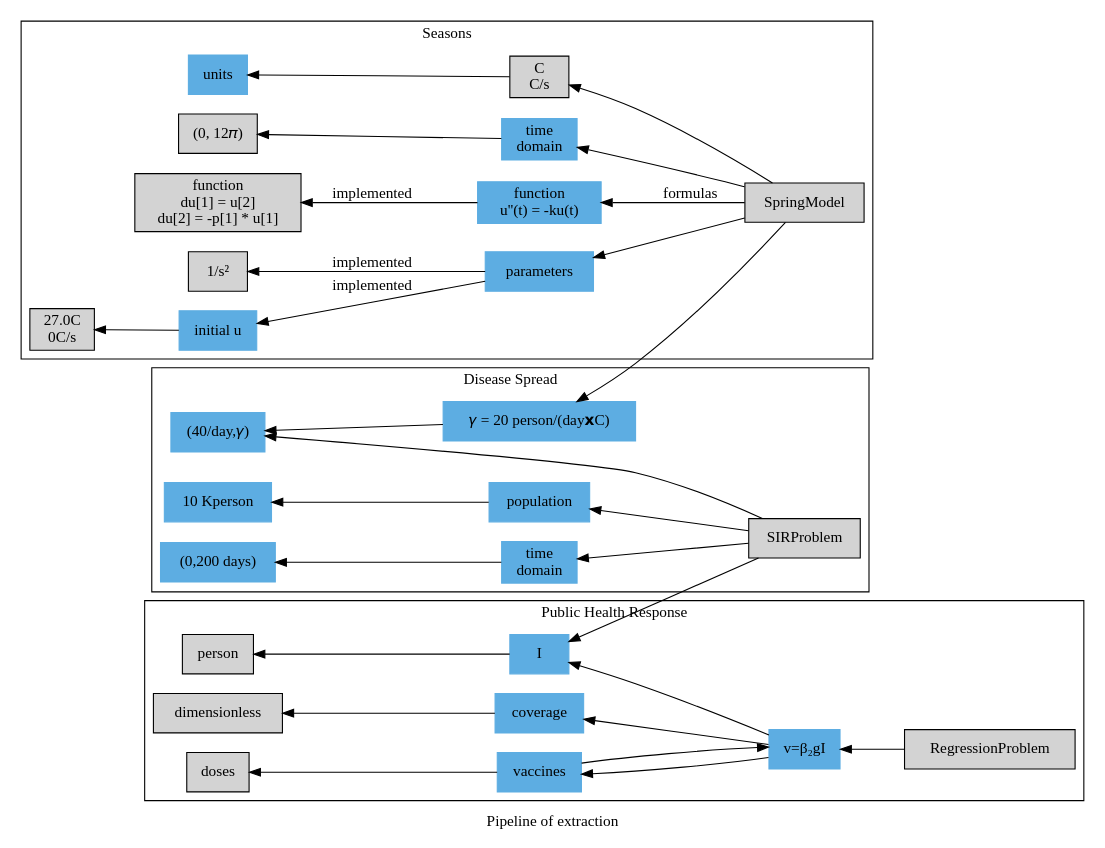
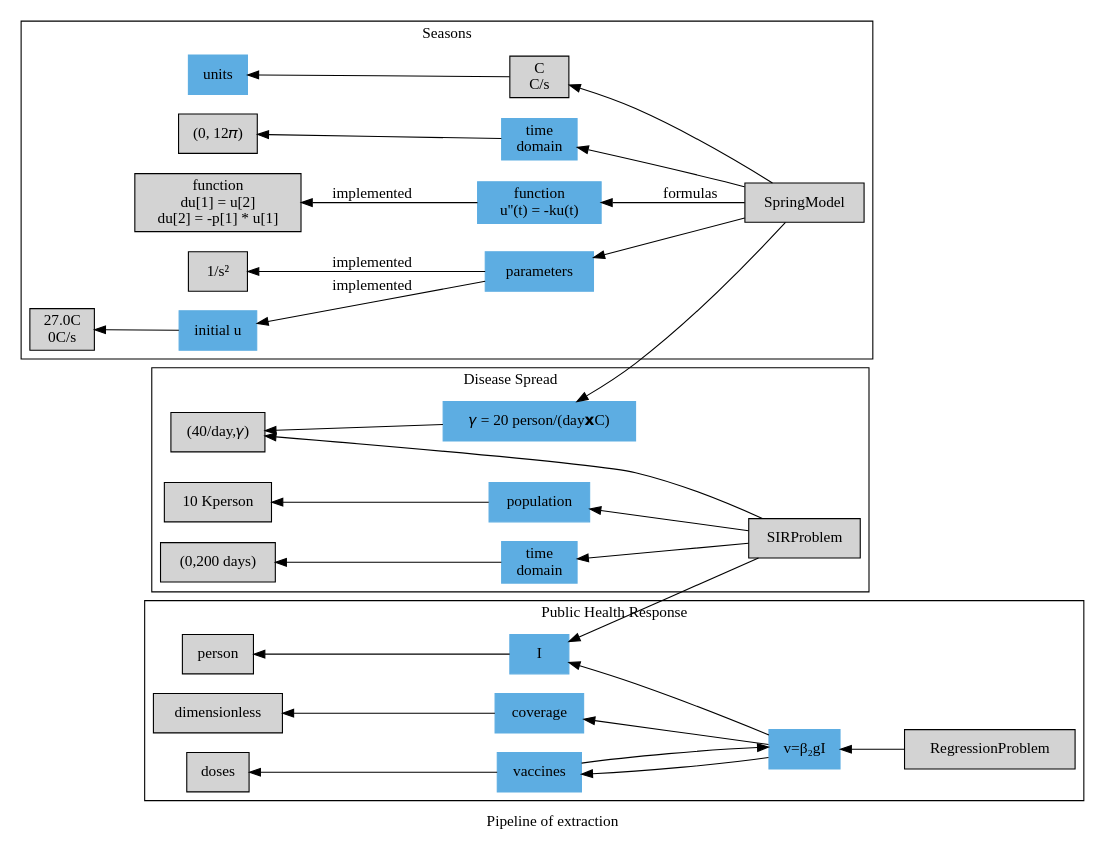
The diagram in doc/src/img/flu_pipeline.dot (jpfairbanks/SemanticModels.jl), drawn with Graphviz before and after one commit. The commit also changed 12 other files, not shown here.

```diff
--- a/doc/src/img/flu_pipeline.dot
+++ b/doc/src/img/flu_pipeline.dot
@@ -1,117 +1,111 @@
 digraph H {
 	graph [bb="0,0,925.64,284",
 		label="Pipeline of extraction",
 		lheight=0.19,
 		lp="462.82,11",
 		lwidth=1.67,
 		rankdir=RL
 	];
 	node [label="\N",
 		style=filled, shape=rectangle
 	];
 	{
 		i		 [color="#5DADE2",
 			height=0.5,
 			label="initial u",
 			pos="285.5,228",
 			width=0.75825];
 		p		 [color="#5DADE2",
 			height=0.5,
 			label=parameters,
-			pos="285.5,174",
 			width=1.3582];
 		f		 [color="#5DADE2",
 			    height=0.5,
 			    label="function\n u''(t) = -ku(t)",
-			    pos="285.5,120",
 			    width=1.195];
 		fi		 [
 			height=0.5,
 			label="function\ndu[1] = u[2]\ndu[2] = -p[1] * u[1]",
-			pos="285.5,120",
 			width=1.195];
     ii [label="27.0C\n0C/s"]
     pi [label="1/s²"]
     a [label="SpringModel"]
     t [label="time\ndomain", color="#5DADE2"]
     ti [label="(0, 12𝜋)"]
     u [label=units, color="#5DADE2"]
     ui [label="C\nC/s"]
 	}
 	subgraph cluster_1 {
 		graph [bb="8,94,342.4,276",
 			label=Seasons,
 			lheight=0.19,
 			lp="175.2,265",
 			lwidth=0.81
 		];
 		node [color="#5DADE2"];
-    a -> p
-		a -> f		 [label=formulas,
-			lp="174.73,143",
-			pos="e,244.33,125.21 110.5,142.16 146.59,137.59 196.77,131.24 234.15,126.5"];
+    a -> p;
+		a -> f		 [label=formulas];
 		f -> fi		 [label=implemented,
 			          lp="174.73,143"];
     p -> pi [label=implemented]
     p -> i [label=implemented]
     i -> ii
     a -> t -> ti
     a -> ui
     ui -> u
 	}
 	subgraph cluster_2 {
 		graph [bb="363.4,30,636.02,240",
 			constraint=false,
 			label="Disease Spread",
 			lheight=0.19,
-			lp="499.71,229",
 			lwidth=1.23
 		];
 		sir			 [label="SIRProblem",];
+    sirpopi [label="10 Kperson"]
+		sirti		 [label="(0,200 days)"];
+		sirp		 [label="(40/day,𝛾)"];
 		node [color="#5DADE2"];
 		{
 			graph [rank=same];
       gamma [label="𝛾 = 20 person/(day𝘅C)"]
 		  sirt		 [label="time\ndomain"];
 		  pop		 [label=population];
 		}
-    sirpopi [label="10 Kperson"]
-		sirti		 [label="(0,200 days)"];
-		sirp		 [label="(40/day,𝛾)"];
     sir -> pop
     pop -> sirpopi
     sir -> sirt
     sirt -> sirti
     sir -> sirp
     a -> gamma
     gamma->sirp
 	}
 	subgraph cluster_3 {
 		graph [bb="657.02,83,917.64,171",
 			label="Public Health Response",
 			lheight=0.19,
 			lp="787.33,160",
 			lwidth=0.61
 		];
     person
     z [label="doses"]
     gu [label="dimensionless"]
     regp [label="RegressionProblem"]
 		node [color="#5DADE2"];
     v [label="vaccines"]
     g [label="coverage"]
     s [label="I"]
     v -> r
     // c -> d
     v -> z
     // r [label="c = β₁v +β₂gI"]
     regp -> r
     r [label="v=β₂gI"]
     r -> v
     r -> g
     r -> s
     s -> person
     g -> gu
     sir -> s
 	}
 }
```
